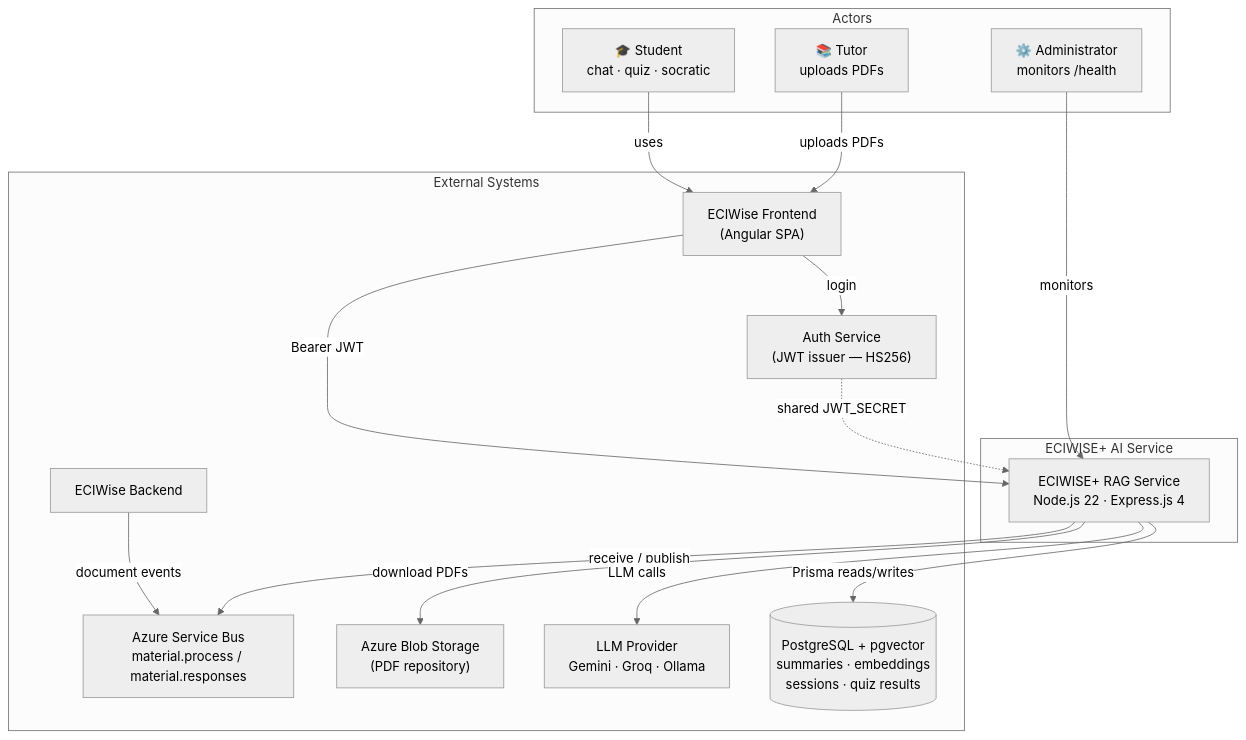
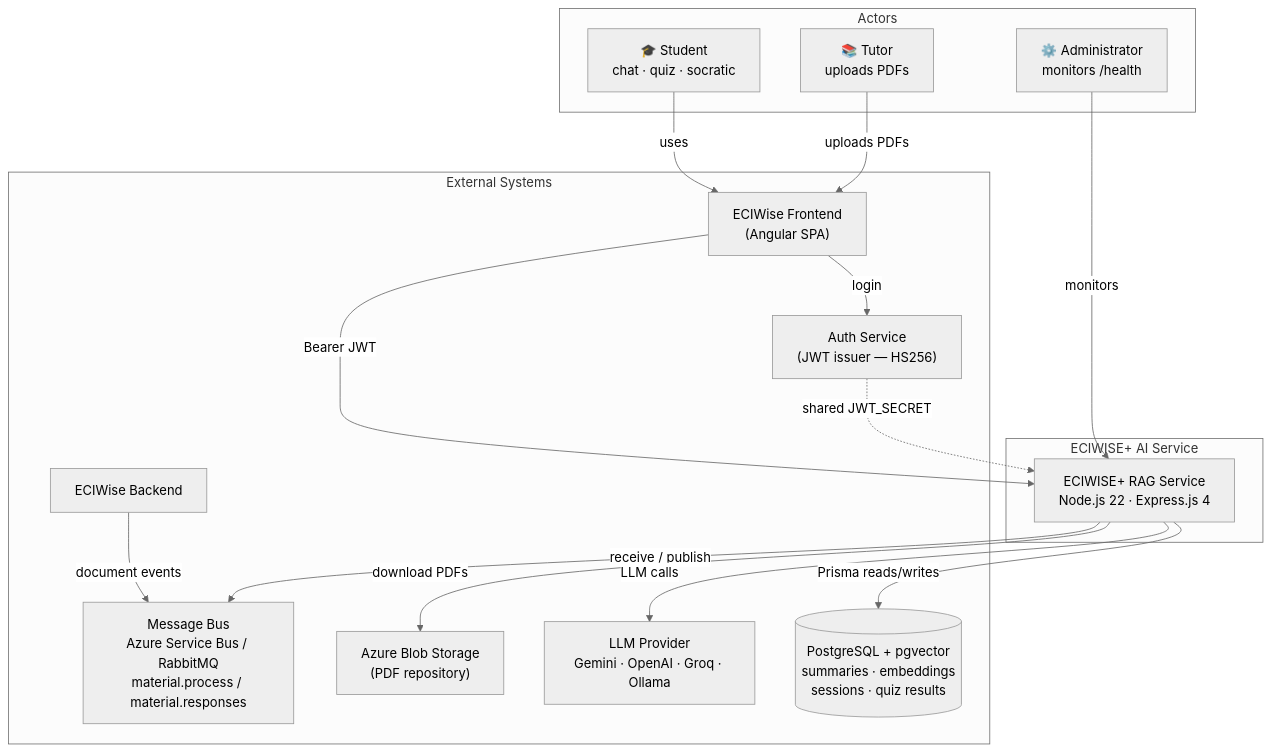
One commit to EciWise/EciWise.github.io changed the eighth of 9 diagrams in how/ai-service.md. Above: the diagram before and after it, drawn with Mermaid (neutral theme). The commit also changed other lines of this file and 3 other files, not shown here.

First line of the commit message:
docs: update AI service documentation with architecture decisions, multi-provider support, and hybrid search

```diff
--- a/how/ai-service.md
+++ b/how/ai-service.md
@@ -728,34 +774,34 @@
 <div class="mermaid">
 graph TB
     subgraph Actors
         ST["🎓 Student<br/>chat · quiz · socratic"]
         TU["📚 Tutor<br/>uploads PDFs"]
         AD["⚙️ Administrator<br/>monitors /health"]
     end
 
     subgraph "External Systems"
         AUTH["Auth Service<br/>(JWT issuer — HS256)"]
         FE["ECIWise Frontend<br/>(Angular SPA)"]
         BE["ECIWise Backend"]
-        SB["Azure Service Bus<br/>material.process / material.responses"]
+        SB["Message Bus<br/>Azure Service Bus / RabbitMQ<br/>material.process / material.responses"]
         BLOB["Azure Blob Storage<br/>(PDF repository)"]
-        LLM["LLM Provider<br/>Gemini · Groq · Ollama"]
+        LLM["LLM Provider<br/>Gemini · OpenAI · Groq · Ollama"]
         PG[("PostgreSQL + pgvector<br/>summaries · embeddings<br/>sessions · quiz results")]
     end
 
     subgraph "ECIWISE+ AI Service"
         AI["ECIWISE+ RAG Service<br/>Node.js 22 · Express.js 4"]
     end
 
     ST -->|uses| FE
     TU -->|uploads PDFs| FE
     AD -->|monitors| AI
     FE -->|"Bearer JWT"| AI
     FE -->|login| AUTH
     AUTH -.->|"shared JWT_SECRET"| AI
     BE -->|document events| SB
     AI -->|receive / publish| SB
     AI -->|download PDFs| BLOB
     AI -->|LLM calls| LLM
     AI -->|Prisma reads/writes| PG
 </div>
```
